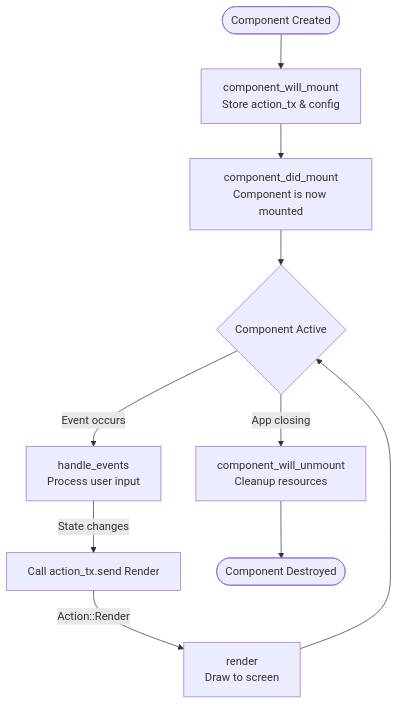
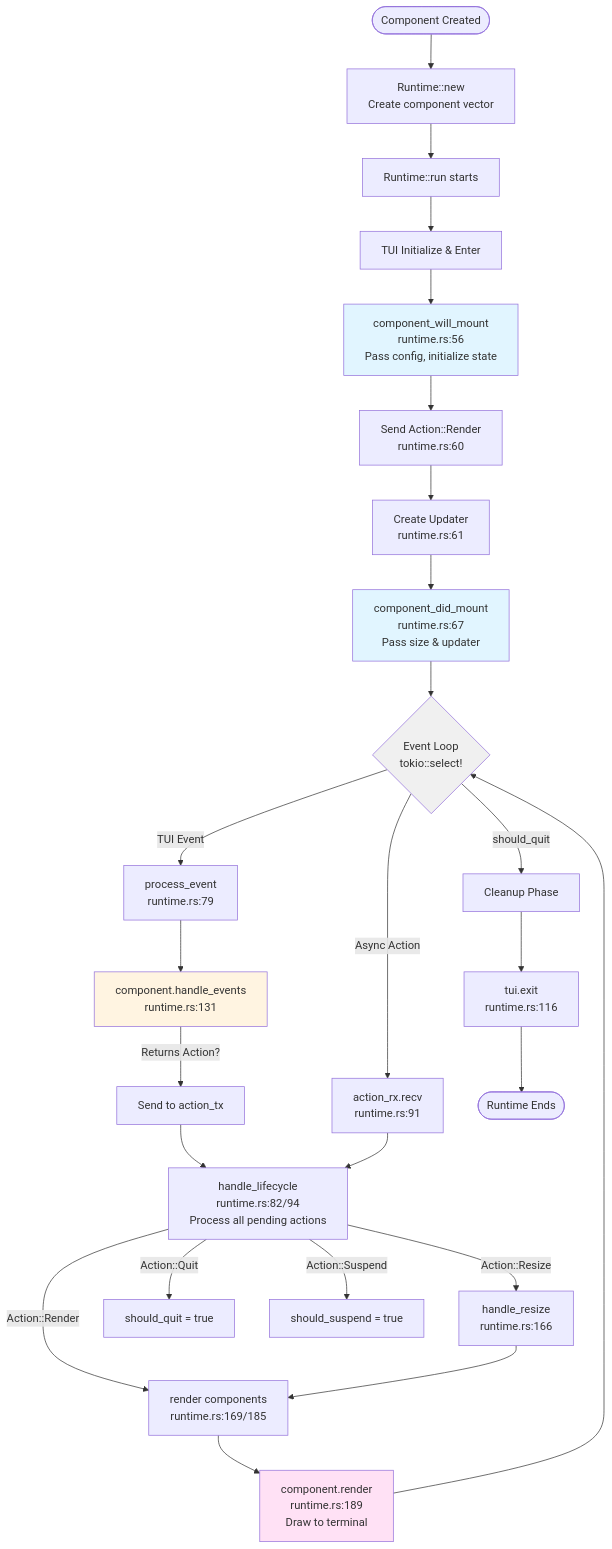
The first of 2 diagrams in README.md (bloodnighttw/yap), drawn with Mermaid before and after one commit. The commit also changed other lines of this file and 4 other files, not shown here.

````diff
--- a/README.md
+++ b/README.md
@@ -34,14 +34,41 @@
 ```mermaid
 flowchart TD
-    Start([Component Created]) --> WillMount[component_will_mount<br/>Store action_tx & config]
-    WillMount --> DidMount[component_did_mount<br/>Component is now mounted]
-    DidMount --> Active{Component Active}
+    Start([Component Created]) --> Runtime[Runtime::new<br/>Create component vector]
+    Runtime --> RunStart[Runtime::run starts]
+    RunStart --> TuiInit[TUI Initialize & Enter]
     
-    Active -->|Event occurs| HandleEvents[handle_events<br/>Process user input]
-    HandleEvents -->|State changes| SetState[Call action_tx.send Render]
-    SetState -->|Action::Render| Render[render<br/>Draw to screen]
-    Render --> Active
+    TuiInit --> WillMount[component_will_mount<br/>runtime.rs:56<br/>Pass config, initialize state]
+    WillMount --> InitRender[Send Action::Render<br/>runtime.rs:60]
+    InitRender --> CreateUpdater[Create Updater<br/>runtime.rs:61]
     
-    Active -->|App closing| WillUnmount[component_will_unmount<br/>Cleanup resources]
-    WillUnmount --> End([Component Destroyed])
+    CreateUpdater --> DidMount[component_did_mount<br/>runtime.rs:67<br/>Pass size & updater]
+    DidMount --> EventLoop{Event Loop<br/>tokio::select!}
+    
+    EventLoop -->|TUI Event| ProcessEvent[process_event<br/>runtime.rs:79]
+    ProcessEvent --> HandleEvent[component.handle_events<br/>runtime.rs:131]
+    HandleEvent -->|Returns Action?| ActionQueue[Send to action_tx]
+    
+    EventLoop -->|Async Action| ActionReceived[action_rx.recv<br/>runtime.rs:91]
+    
+    ActionQueue --> HandleLifecycle[handle_lifecycle<br/>runtime.rs:82/94<br/>Process all pending actions]
+    ActionReceived --> HandleLifecycle
+    
+    HandleLifecycle -->|Action::Render| RenderCall[render components<br/>runtime.rs:169/185]
+    HandleLifecycle -->|Action::Resize| ResizeHandle[handle_resize<br/>runtime.rs:166]
+    HandleLifecycle -->|Action::Quit| SetQuit[should_quit = true]
+    HandleLifecycle -->|Action::Suspend| SetSuspend[should_suspend = true]
+    
+    RenderCall --> ComponentRender[component.render<br/>runtime.rs:189<br/>Draw to terminal]
+    ResizeHandle --> RenderCall
+    ComponentRender --> EventLoop
+    
+    EventLoop -->|should_quit| Cleanup[Cleanup Phase]
+    Cleanup --> TuiExit[tui.exit<br/>runtime.rs:116]
+    TuiExit --> End([Runtime Ends])
+    
+    style WillMount fill:#e1f5ff
+    style DidMount fill:#e1f5ff
+    style HandleEvent fill:#fff4e1
+    style ComponentRender fill:#ffe1f5
+    style EventLoop fill:#f0f0f0
 ```
````
